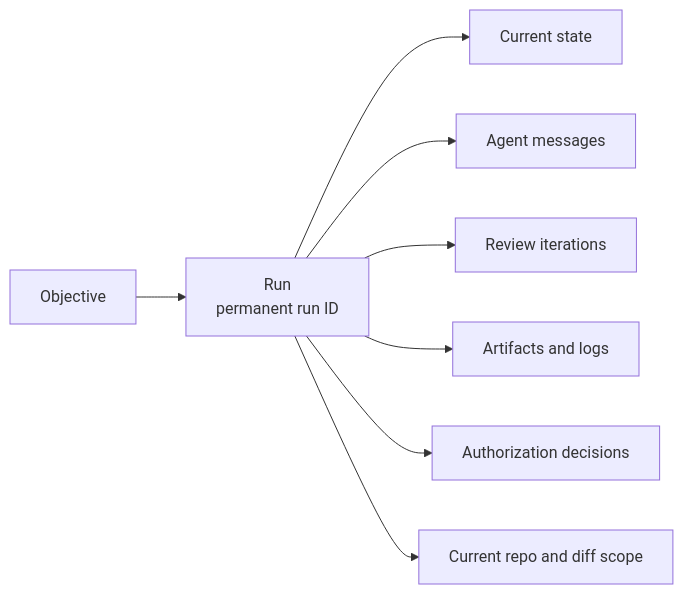
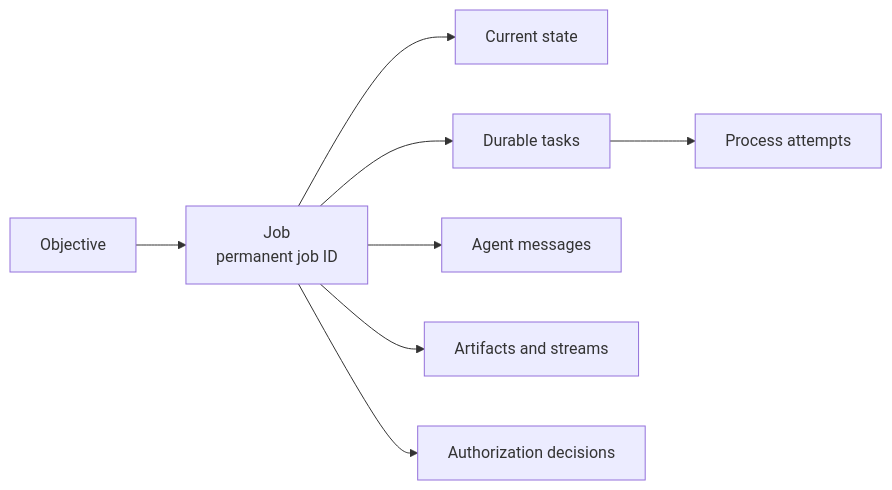
Before and after one commit to asokolsky/agent-orchestra: the second of 2 diagrams in docs/concepts.md, drawn with Mermaid. The commit also changed other lines of this file and 10 other files, not shown here.

````diff
--- a/docs/concepts.md
+++ b/docs/concepts.md
@@ -43,10 +47,10 @@
 ```mermaid
 flowchart LR
-    objective[Objective] --> run[Run<br/>permanent run ID]
-    run --> state[Current state]
-    run --> messages[Agent messages]
-    run --> iterations[Review iterations]
-    run --> artifacts[Artifacts and logs]
-    run --> decisions[Authorization decisions]
-    run --> scope[Current repo and diff scope]
+    objective[Objective] --> job[Job<br/>permanent job ID]
+    job --> state[Current state]
+    job --> tasks[Durable tasks]
+    tasks --> attempts[Process attempts]
+    job --> messages[Agent messages]
+    job --> artifacts[Artifacts and streams]
+    job --> decisions[Authorization decisions]
 ```
````
